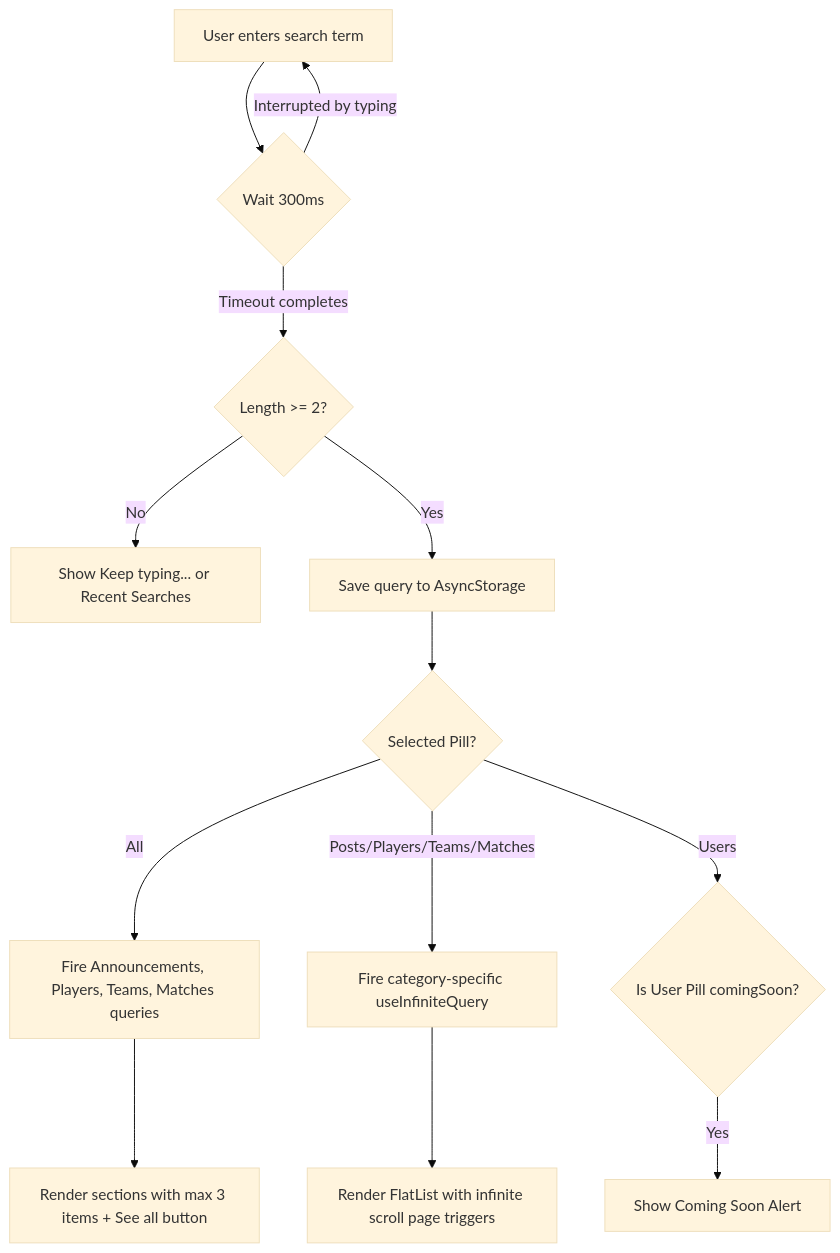
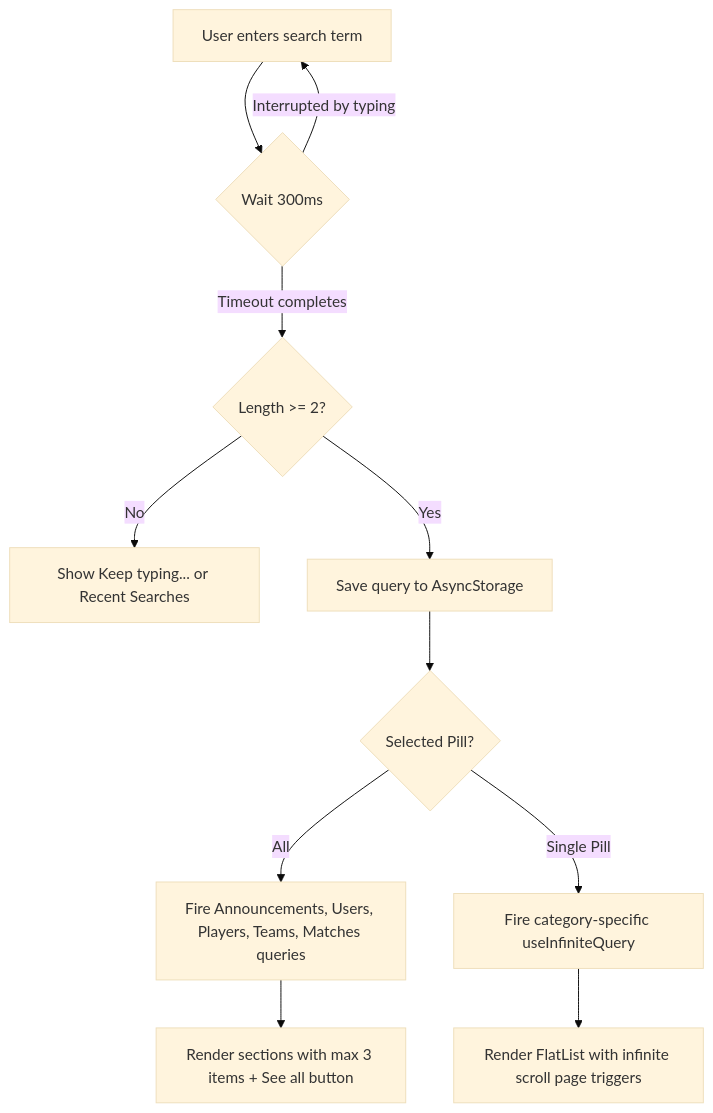
The fourth of 5 diagrams in pabaini-mobile/docs/FEATURES.md (Ahmadpk194/pabaini), drawn with Mermaid (base theme) before and after one commit. The commit also changed other lines of this file and 1 other file, not shown here.

Commit message:
docs: update features and context documentation for active user search and shimmer loader lines

````diff
--- a/pabaini-mobile/docs/FEATURES.md
+++ b/pabaini-mobile/docs/FEATURES.md
@@ -394,17 +397,15 @@
 ```mermaid
 flowchart TD
     Input[User enters search term] --> Debounce{Wait 300ms}
     Debounce -->|Interrupted by typing| Input
     Debounce -->|Timeout completes| LengthCheck{Length >= 2?}
     LengthCheck -->|No| Idle[Show Keep typing... or Recent Searches]
     LengthCheck -->|Yes| SaveHistory[Save query to AsyncStorage]
     SaveHistory --> PillCheck{Selected Pill?}
     
-    PillCheck -->|All| ParallelQuery[Fire Announcements, Players, Teams, Matches queries]
-    PillCheck -->|Posts/Players/Teams/Matches| SingleQuery[Fire category-specific useInfiniteQuery]
-    PillCheck -->|Users| Gate{Is User Pill comingSoon?}
-    Gate -->|Yes| AlertToast[Show Coming Soon Alert]
+    PillCheck -->|All| ParallelQuery[Fire Announcements, Users, Players, Teams, Matches queries]
+    PillCheck -->|Single Pill| SingleQuery[Fire category-specific useInfiniteQuery]
     
     ParallelQuery --> RenderAll[Render sections with max 3 items + See all button]
     SingleQuery --> RenderFlatList[Render FlatList with infinite scroll page triggers]
 ```
````
